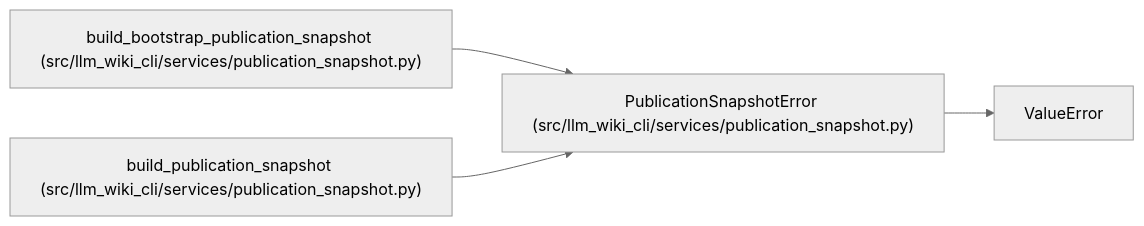
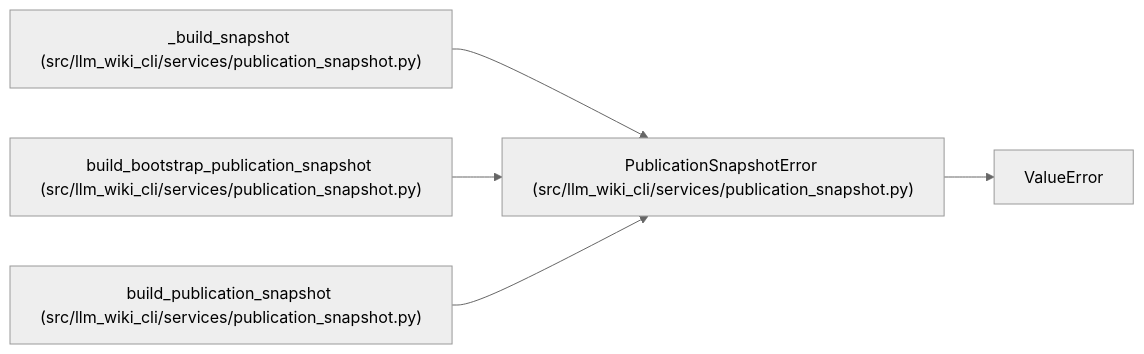
The diagram in docs/llm_wiki/entities/PublicationSnapshotError.md (Denissvgn/python-wiki-llm), drawn with Mermaid (neutral theme) before and after one commit. The commit also changed other lines of this file and 338 other files, not shown here.

````diff
--- a/docs/llm_wiki/entities/PublicationSnapshotError.md
+++ b/docs/llm_wiki/entities/PublicationSnapshotError.md
@@ -25,13 +25,16 @@
 ```mermaid
 flowchart LR
     n0["PublicationSnapshotError (src/llm_wiki_cli/services/publication_snapshot.py)"]
     n1["ValueError"]
-    n2["build_bootstrap_publication_snapshot (src/llm_wiki_cli/services/publication_snapshot.py)"]
-    n3["build_publication_snapshot (src/llm_wiki_cli/services/publication_snapshot.py)"]
+    n2["_build_snapshot (src/llm_wiki_cli/services/publication_snapshot.py)"]
+    n3["build_bootstrap_publication_snapshot (src/llm_wiki_cli/services/publication_snapshot.py)"]
+    n4["build_publication_snapshot (src/llm_wiki_cli/services/publication_snapshot.py)"]
     n0 --> n1
     n2 --> n0
     n3 --> n0
+    n4 --> n0
     click n0 "../modules/publication_snapshot.md"
     click n2 "../modules/publication_snapshot.md"
     click n3 "../modules/publication_snapshot.md"
+    click n4 "../modules/publication_snapshot.md"
 ```
````
